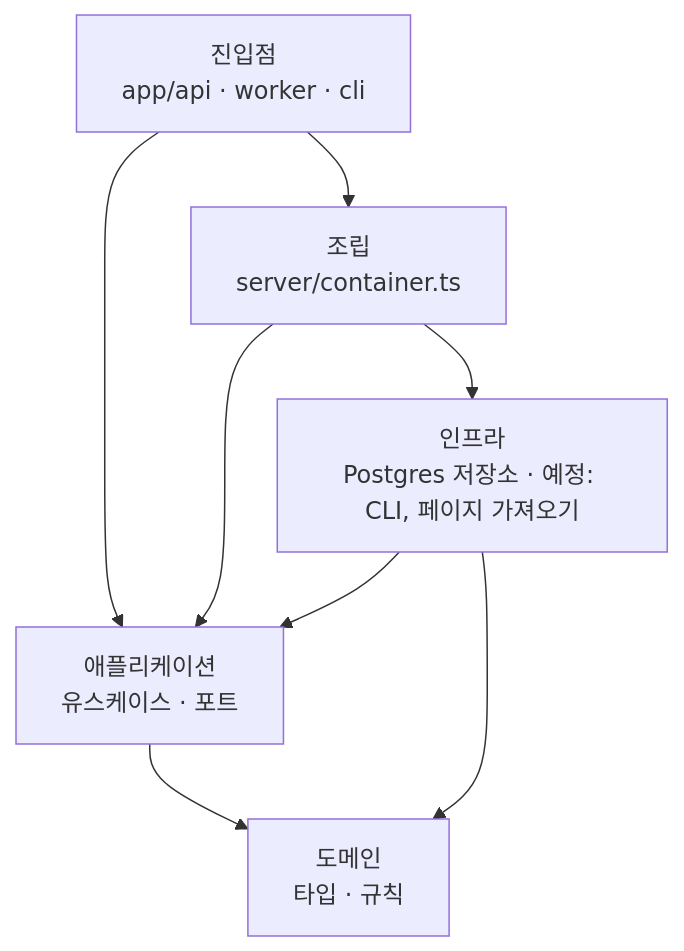
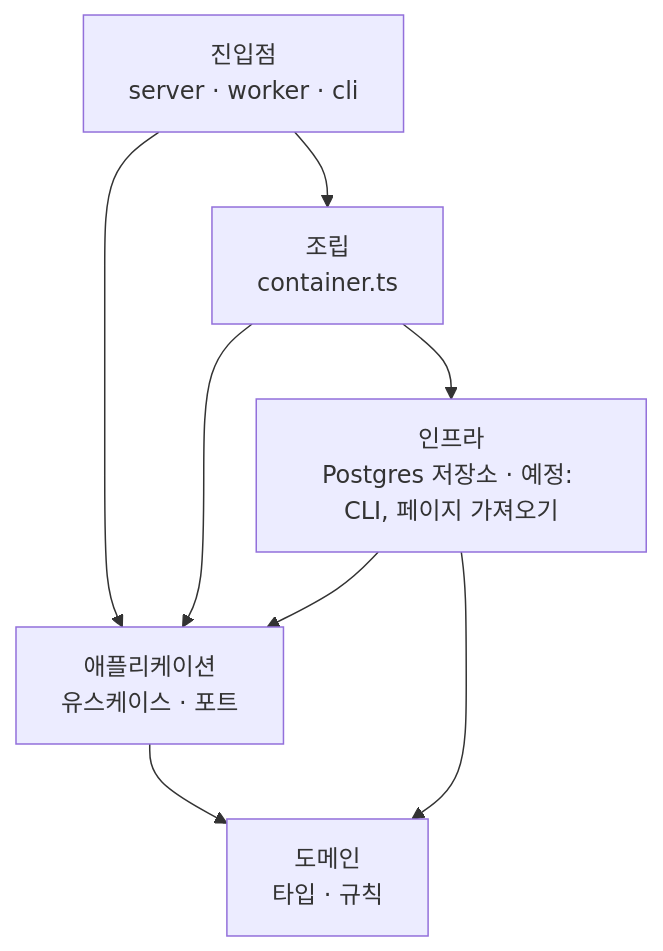
The second of 5 diagrams in docs/architecture.md (Changsik00/inkle), drawn with Mermaid before and after one commit. The commit also changed other lines of this file and 149 other files, not shown here.

````diff
--- a/docs/architecture.md
+++ b/docs/architecture.md
@@ -40,10 +137,10 @@
 ```mermaid
 flowchart TB
-    E[진입점<br/>app/api · worker · cli] --> S[조립<br/>server/container.ts]
+    E[진입점<br/>server · worker · cli] --> S[조립<br/>container.ts]
     E --> A[애플리케이션<br/>유스케이스 · 포트]
     S --> I[인프라<br/>Postgres 저장소 · 예정: CLI, 페이지 가져오기]
     S --> A
     I --> A
     A --> D[도메인<br/>타입 · 규칙]
     I --> D
 ```
````
